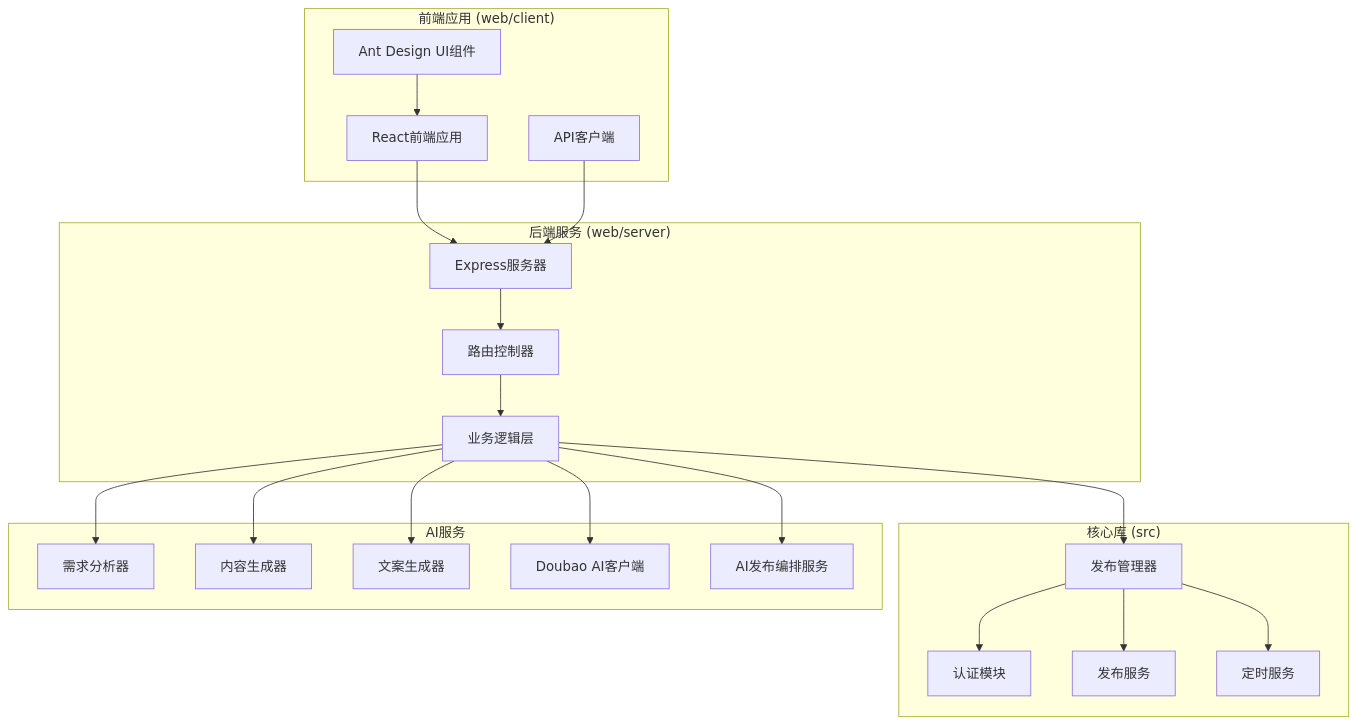
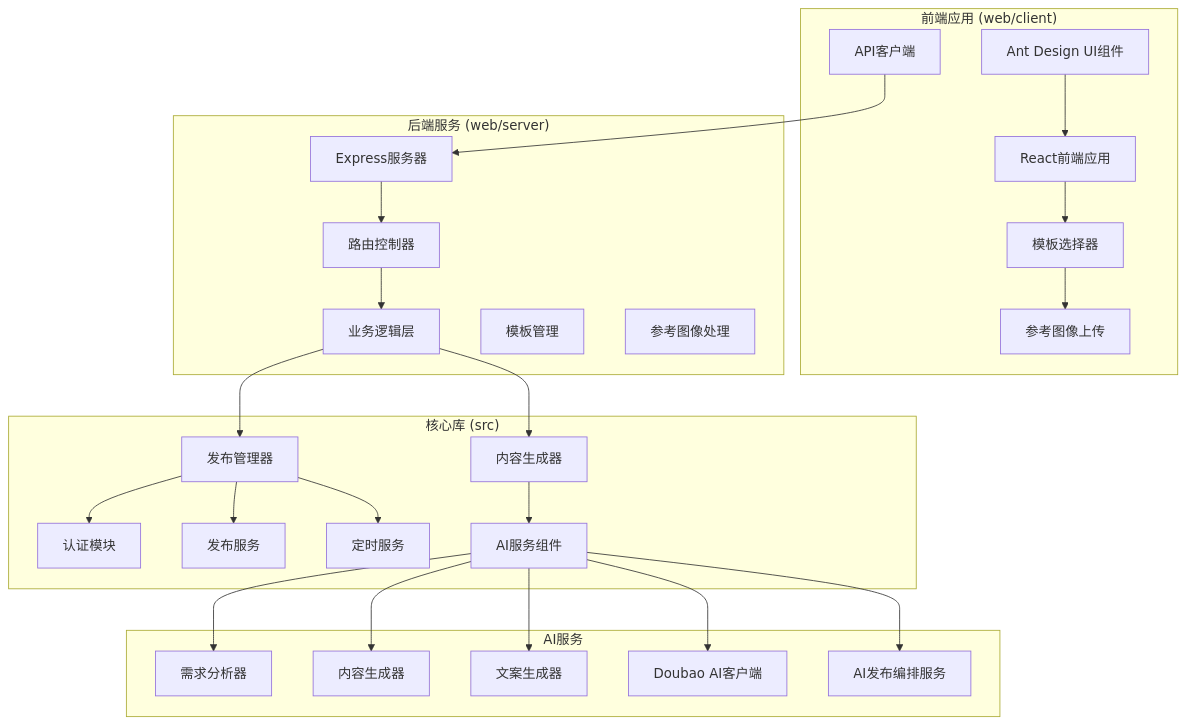
One commit to songdiyang/clawOperations changed the first of 11 diagrams in .qoder/repowiki/zh/content/核心模块详解/AI内容生成系统.md. Above: the diagram before and after it, drawn with Mermaid. The commit also changed other lines of this file and 7 other files, not shown here.

````diff
--- a/.qoder/repowiki/zh/content/核心模块详解/AI内容生成系统.md
+++ b/.qoder/repowiki/zh/content/核心模块详解/AI内容生成系统.md
@@ -62,40 +65,49 @@
 ```mermaid
 graph TB
 subgraph "前端应用 (web/client)"
 A[React前端应用]
 B[Ant Design UI组件]
 C[API客户端]
+D[模板选择器]
+E[参考图像上传]
 end
 subgraph "后端服务 (web/server)"
-D[Express服务器]
-E[路由控制器]
-F[业务逻辑层]
+F[Express服务器]
+G[路由控制器]
+H[业务逻辑层]
+I[模板管理]
+J[参考图像处理]
 end
 subgraph "核心库 (src)"
-G[发布管理器]
-H[认证模块]
-I[发布服务]
-J[定时服务]
+K[发布管理器]
+L[认证模块]
+M[发布服务]
+N[定时服务]
+O[内容生成器]
+P[AI服务组件]
 end
 subgraph "AI服务"
-K[需求分析器]
-L[内容生成器]
-M[文案生成器]
-N[Doubao AI客户端]
-O[AI发布编排服务]
+Q[需求分析器]
+R[内容生成器]
+S[文案生成器]
+T[Doubao AI客户端]
+U[AI发布编排服务]
 end
 A --> D
 B --> A
-C --> D
+C --> F
 D --> E
-E --> F
 F --> G
 G --> H
-G --> I
-G --> J
-F --> K
-F --> L
-F --> M
-F --> N
-F --> O
+H --> K
+K --> L
+K --> M
+K --> N
+H --> O
+O --> P
+P --> Q
+P --> R
+P --> S
+P --> T
+P --> U
 ```
````
